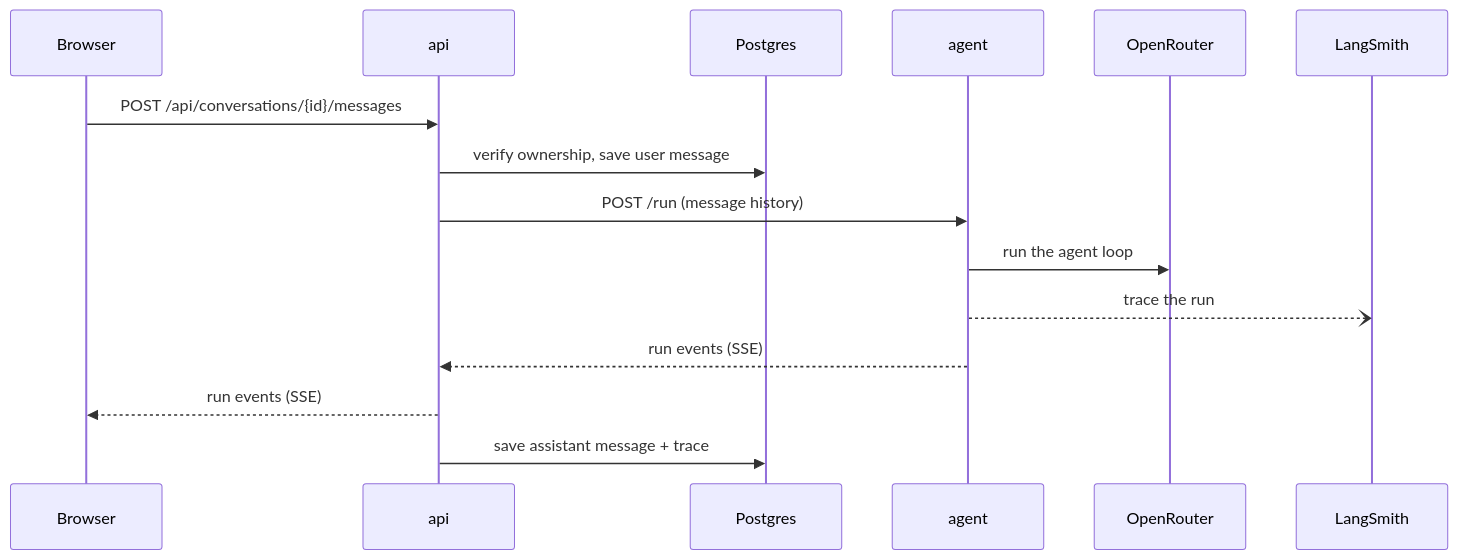
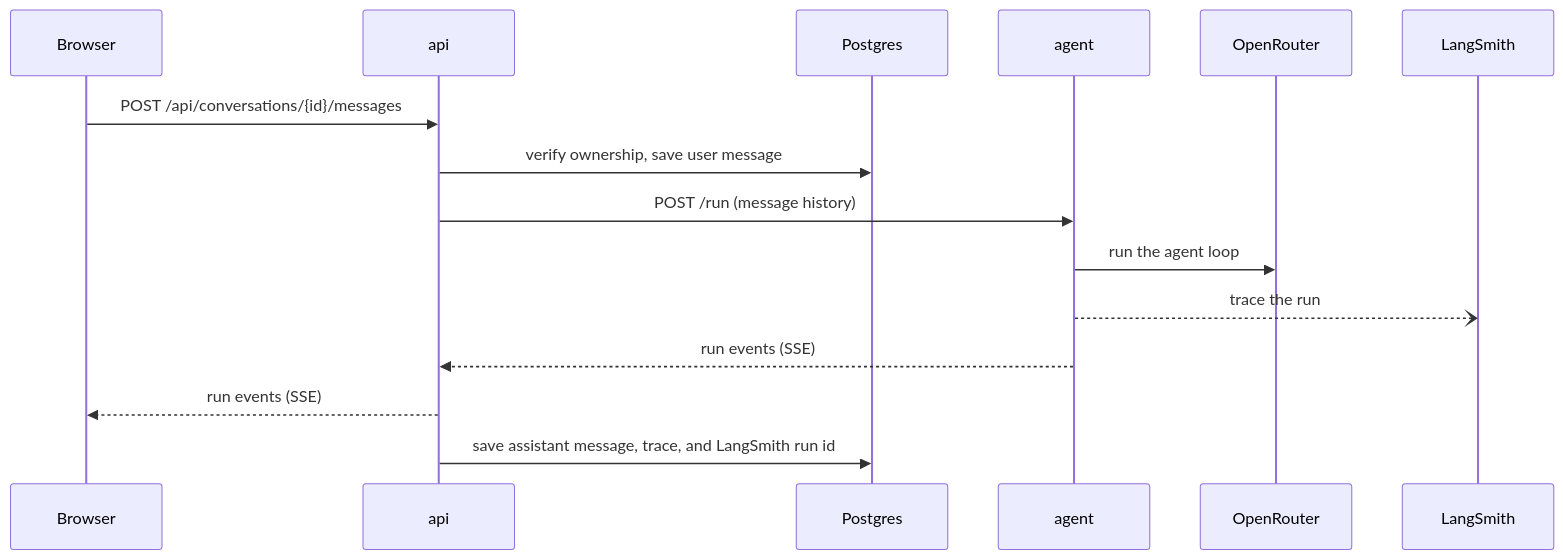
The second of 2 diagrams in docs/architecture.md (ALucek/chat-lucek), drawn with Mermaid before and after one commit. The commit also changed other lines of this file and 4 other files, not shown here.

````diff
--- a/docs/architecture.md
+++ b/docs/architecture.md
@@ -31,17 +31,17 @@
 ```mermaid
 sequenceDiagram
     participant B as Browser
     participant A as api
     participant P as Postgres
     participant G as agent
     participant O as OpenRouter
     participant L as LangSmith
     B->>A: POST /api/conversations/{id}/messages
     A->>P: verify ownership, save user message
     A->>G: POST /run (message history)
     G->>O: run the agent loop
     G--)L: trace the run
     G-->>A: run events (SSE)
     A-->>B: run events (SSE)
-    A->>P: save assistant message + trace
+    A->>P: save assistant message, trace, and LangSmith run id
 ```
````
